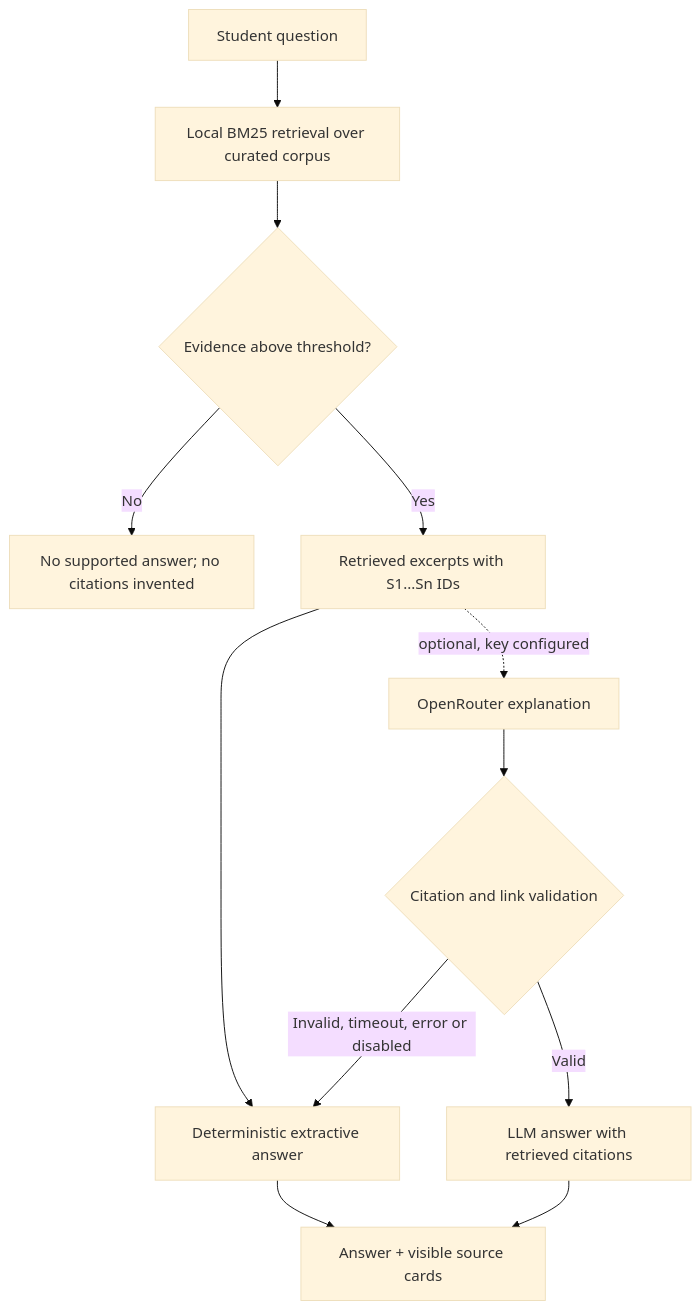
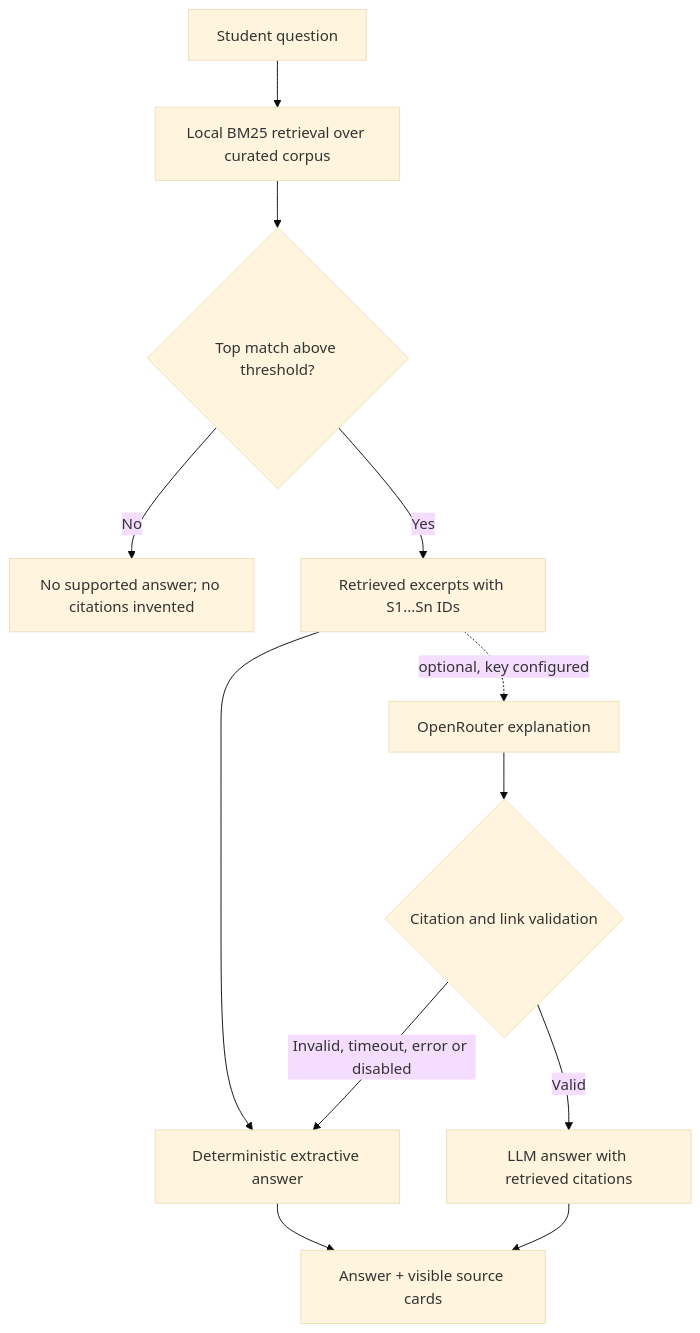
Before and after one commit to RudraPratap01/careergraph-ai: the diagram in docs/ARCHITECTURE.md, drawn with Mermaid (base theme). The commit also changed other lines of this file and 5 other files, not shown here.

````diff
--- a/docs/ARCHITECTURE.md
+++ b/docs/ARCHITECTURE.md
@@ -90,14 +92,14 @@
 ```mermaid
 flowchart TD
     Q[Student question] --> R[Local BM25 retrieval over curated corpus]
-    R --> T{Evidence above threshold?}
+    R --> T{Top match above threshold?}
     T -- No --> N[No supported answer; no citations invented]
     T -- Yes --> E[Retrieved excerpts with S1...Sn IDs]
     E --> X[Deterministic extractive answer]
     E -. optional, key configured .-> L[OpenRouter explanation]
     L --> V{Citation and link validation}
     V -- Valid --> A[LLM answer with retrieved citations]
     V -- Invalid, timeout, error or disabled --> X
     X --> O[Answer + visible source cards]
     A --> O
 ```
````
